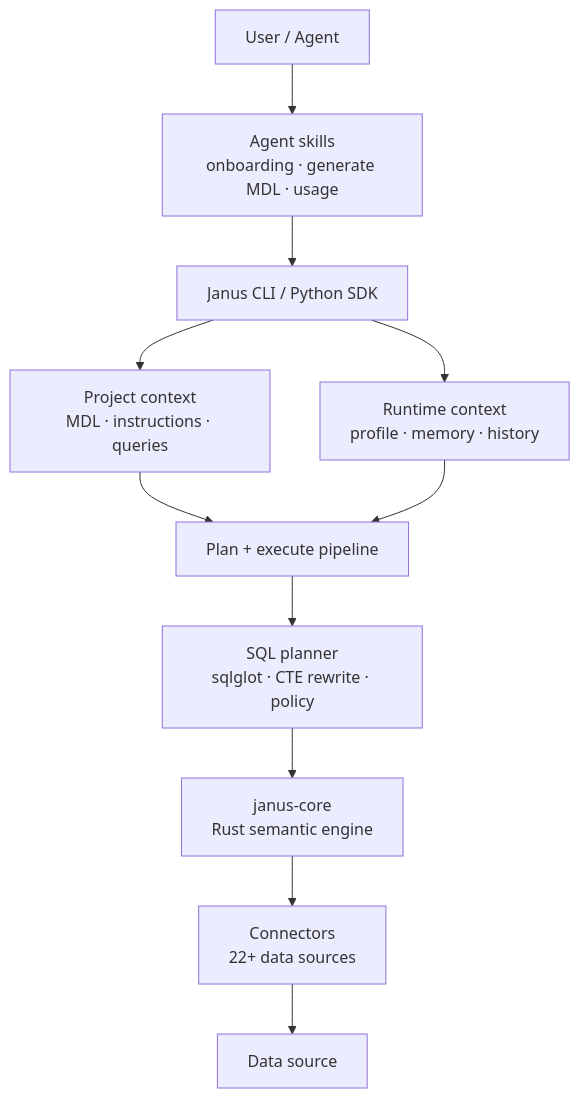
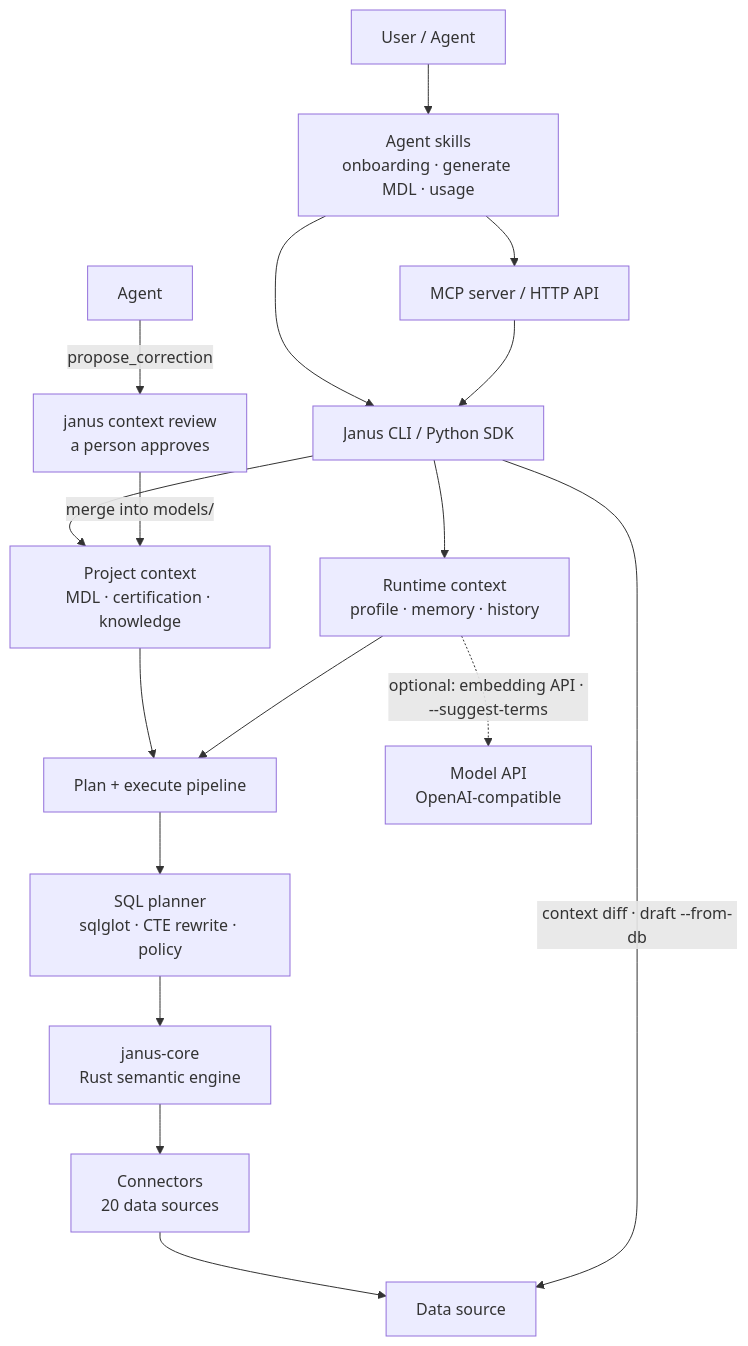
The first of 2 diagrams in docs/core/reference/architecture.md (zsjtiger/WrenAI), drawn with Mermaid before and after one commit. The commit also changed other lines of this file and 9 other files, not shown here.

First line of the commit message:
docs: update the context-layer architecture, diagrams, and connector count

````diff
--- a/docs/core/reference/architecture.md
+++ b/docs/core/reference/architecture.md
@@ -36,16 +38,23 @@
 ```mermaid
 flowchart TD
   user["User / Agent"] --> skills["Agent skills<br/>onboarding · generate MDL · usage"]
   skills --> cli["Janus CLI / Python SDK"]
+  skills --> api["MCP server / HTTP API"]
+  api --> cli
 
-  cli --> project["Project context<br/>MDL · instructions · queries"]
+  cli --> project["Project context<br/>MDL · certification · knowledge"]
   cli --> runtime["Runtime context<br/>profile · memory · history"]
 
   project --> orchestrator["Plan + execute pipeline"]
   runtime --> orchestrator
 
   orchestrator --> planner["SQL planner<br/>sqlglot · CTE rewrite · policy"]
   planner --> core["janus-core<br/>Rust semantic engine"]
-  core --> connectors["Connectors<br/>22+ data sources"]
+  core --> connectors["Connectors<br/>20 data sources"]
   connectors --> data["Data source"]
+
+  cli -->|"context diff · draft --from-db"| data
+  agent["Agent"] -->|"propose_correction"| review["janus context review<br/>a person approves"]
+  review -->|"merge into models/"| project
+  runtime -.->|"optional: embedding API · --suggest-terms"| models["Model API<br/>OpenAI-compatible"]
 ```
````
